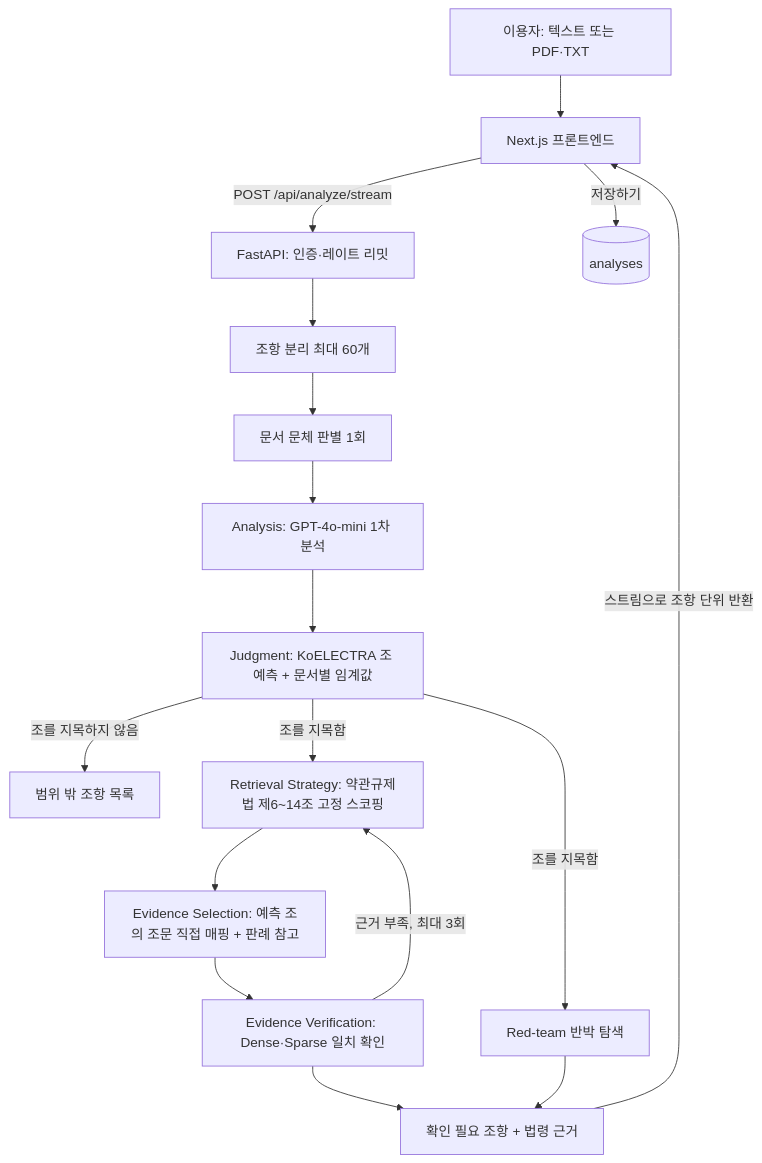
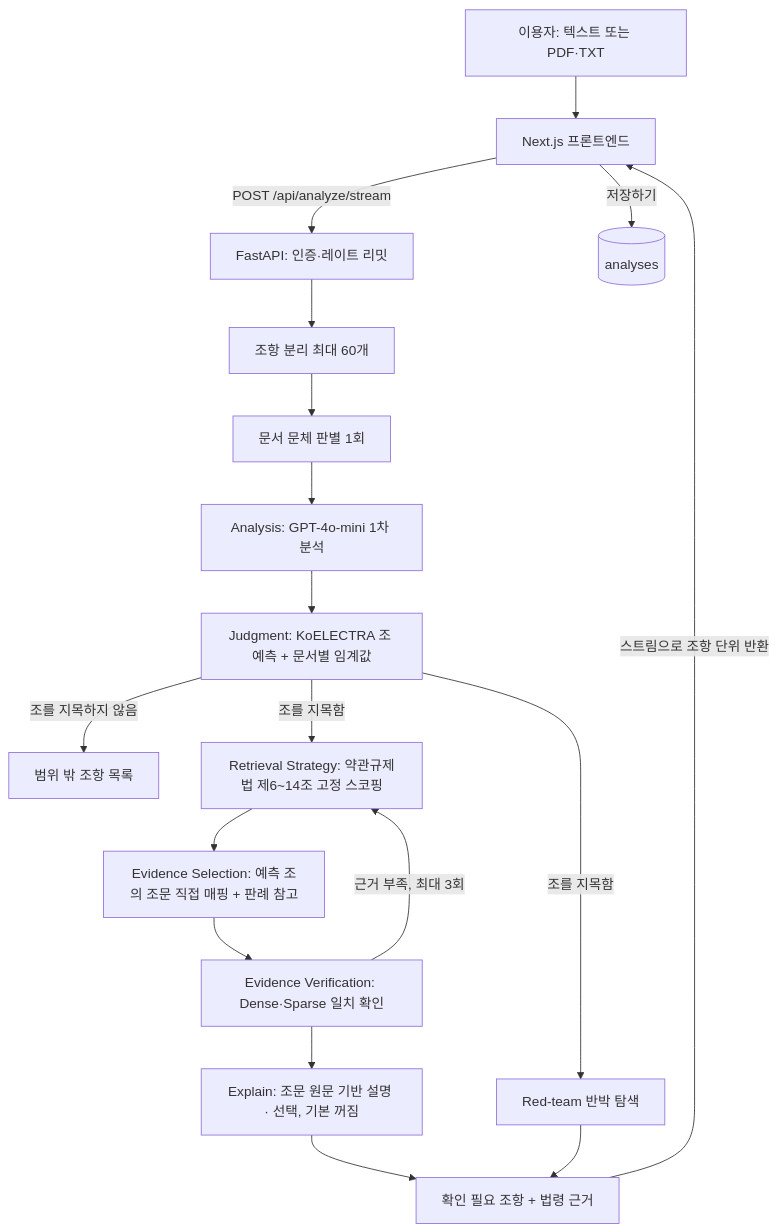
Before and after one commit to gksmfly/ContractRisk-Guard: the second of 4 diagrams in report_draft/최종보고서_초안.md, drawn with Mermaid. The commit also changed other lines of this file, not shown here.

Commit message:
docs: add optional explain stage to the report draft architecture

````diff
--- a/report_draft/최종보고서_초안.md
+++ b/report_draft/최종보고서_초안.md
@@ -441,19 +442,20 @@
 ```mermaid
 flowchart TD
     U[이용자: 텍스트 또는 PDF·TXT] --> FE[Next.js 프론트엔드]
     FE -->|POST /api/analyze/stream| API[FastAPI: 인증·레이트 리밋]
     API --> SPLIT[조항 분리 최대 60개]
     SPLIT --> STYLE[문서 문체 판별 1회]
     STYLE --> A[Analysis: GPT-4o-mini 1차 분석]
     A --> J[Judgment: KoELECTRA 조 예측 + 문서별 임계값]
     J -->|조를 지목하지 않음| OUT[범위 밖 조항 목록]
     J -->|조를 지목함| R[Red-team 반박 탐색]
     J -->|조를 지목함| RS[Retrieval Strategy: 약관규제법 제6~14조 고정 스코핑]
     RS --> ES[Evidence Selection: 예측 조의 조문 직접 매핑 + 판례 참고]
     ES --> EV[Evidence Verification: Dense·Sparse 일치 확인]
     EV -->|근거 부족, 최대 3회| RS
-    EV --> RESULT[확인 필요 조항 + 법령 근거]
+    EV --> EX[Explain: 조문 원문 기반 설명 · 선택, 기본 꺼짐]
+    EX --> RESULT[확인 필요 조항 + 법령 근거]
     R --> RESULT
     RESULT -->|스트림으로 조항 단위 반환| FE
     FE -->|저장하기| DB[(analyses)]
 ```
````
